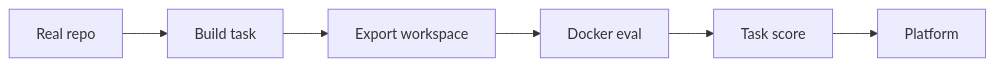
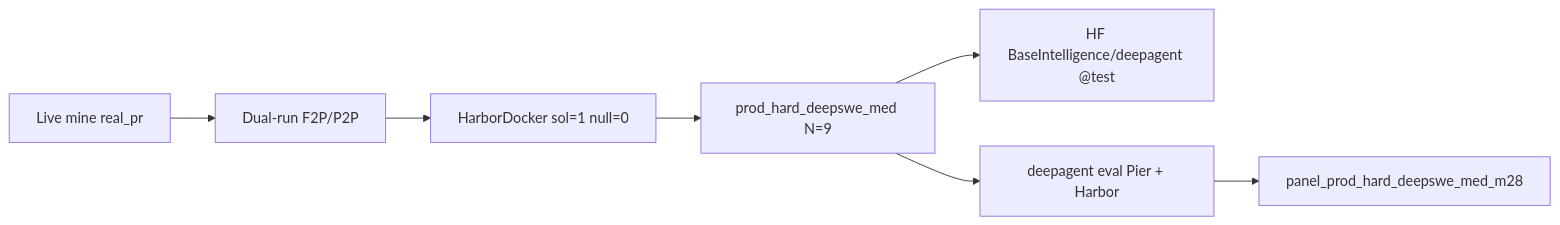
The diagram in README.md (BaseIntelligence/deepagent), drawn with Mermaid before and after one commit. The commit also changed other lines of this file, not shown here.

First line of the commit message:
docs: rewrite root README as DeepAgent product-first public surface

````diff
--- a/README.md
+++ b/README.md
@@ -55,8 +70,9 @@
 ```mermaid
 flowchart LR
-    Repo[Real repo] --> Build[Build task]
-    Build --> Export[Export workspace]
-    Export --> Run[Docker eval]
-    Run --> Score[Task score]
-    Score --> Plat[Platform]
+  Mine[Live mine real_pr] --> Dual[Dual-run F2P/P2P]
+  Dual --> Oracle[HarborDocker sol=1 null=0]
+  Oracle --> Product[prod_hard_deepswe_med N=9]
+  Product --> HF[HF BaseIntelligence/deepagent @test]
+  Product --> Eval[deepagent eval Pier + Harbor]
+  Eval --> Board[panel_prod_hard_deepswe_med_m28]
 ```
````
